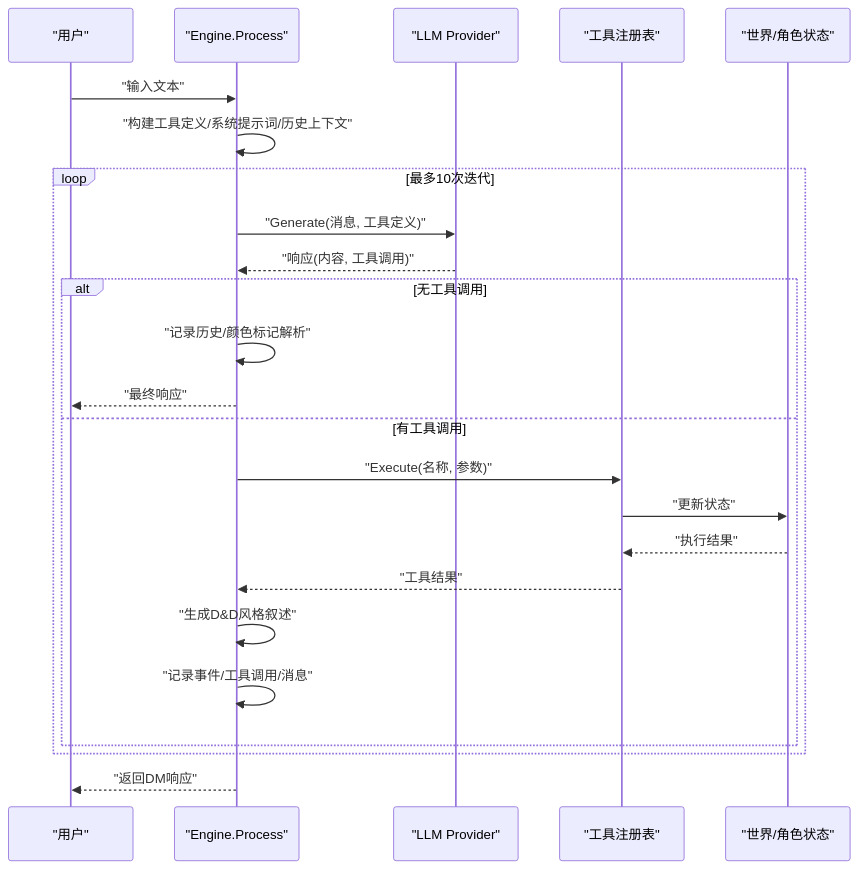
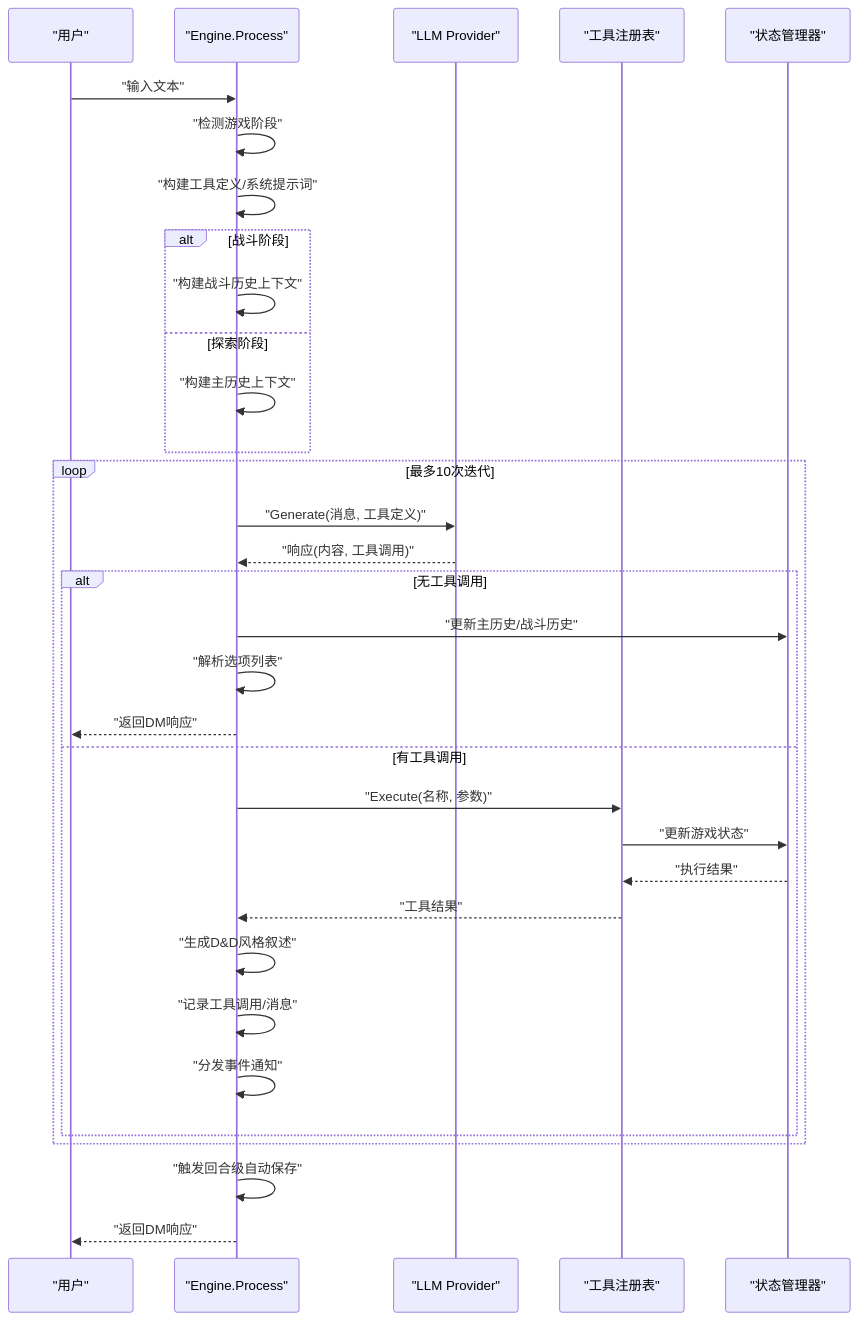
One commit to zwh8800/cdnd changed the second of 9 diagrams in .qoder/repowiki/zh/content/游戏引擎架构/智能代理循环.md. Above: the diagram before and after it, drawn with Mermaid. The commit also changed other lines of this file and 11 other files, not shown here.

````diff
--- a/.qoder/repowiki/zh/content/游戏引擎架构/智能代理循环.md
+++ b/.qoder/repowiki/zh/content/游戏引擎架构/智能代理循环.md
@@ -143,26 +132,35 @@
 ```mermaid
 sequenceDiagram
 participant U as "用户"
 participant E as "Engine.Process"
 participant P as "LLM Provider"
 participant R as "工具注册表"
-participant W as "世界/角色状态"
+participant S as "状态管理器"
 U->>E : "输入文本"
-E->>E : "构建工具定义/系统提示词/历史上下文"
+E->>E : "检测游戏阶段"
+E->>E : "构建工具定义/系统提示词"
+alt 战斗阶段
+E->>E : "构建战斗历史上下文"
+else 探索阶段
+E->>E : "构建主历史上下文"
+end
 loop 最多10次迭代
 E->>P : "Generate(消息, 工具定义)"
 P-->>E : "响应(内容, 工具调用)"
 alt 无工具调用
-E->>E : "记录历史/颜色标记解析"
-E-->>U : "最终响应"
+E->>S : "更新主历史/战斗历史"
+E->>E : "解析选项列表"
+E-->>U : "返回DM响应"
 else 有工具调用
 E->>R : "Execute(名称, 参数)"
-R->>W : "更新状态"
-W-->>R : "执行结果"
+R->>S : "更新游戏状态"
+S-->>R : "执行结果"
 R-->>E : "工具结果"
 E->>E : "生成D&D风格叙述"
-E->>E : "记录事件/工具调用/消息"
+E->>E : "记录工具调用/消息"
+E->>E : "分发事件通知"
 end
 end
+E->>E : "触发回合级自动保存"
 E-->>U : "返回DM响应"
 ```
````
